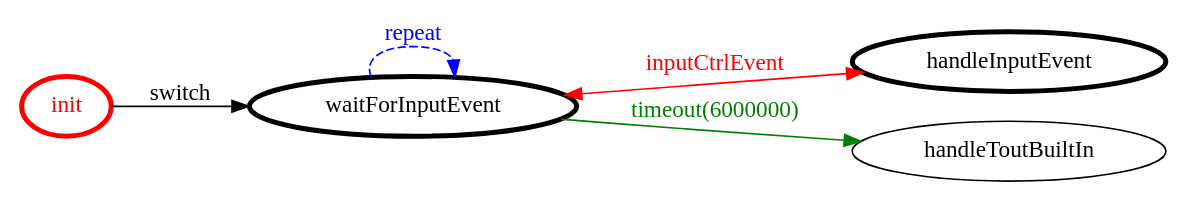
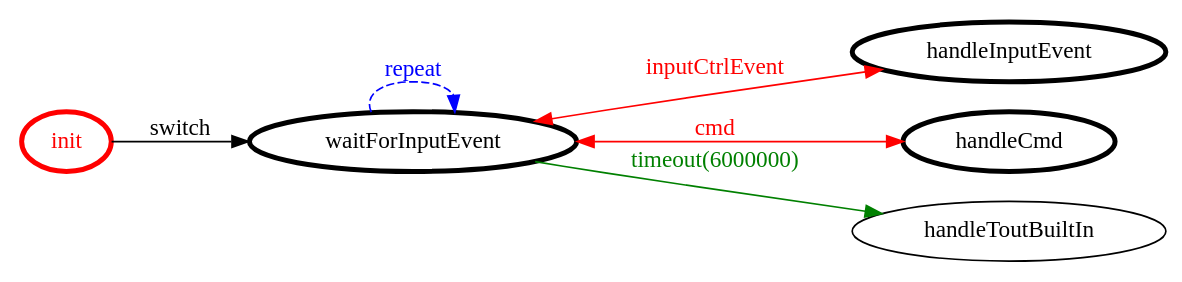
One commit to FFrabetti/ProgettoISS_relazione changed the diagram in it.unibo.finalTask2018/srcMore/it/unibo/mvccontroller/mvccontroller.gv. Above: the diagram before and after it, drawn with Graphviz. The commit also changed 35 other files, not shown here.

```diff
--- a/it.unibo.finalTask2018/srcMore/it/unibo/mvccontroller/mvccontroller.gv
+++ b/it.unibo.finalTask2018/srcMore/it/unibo/mvccontroller/mvccontroller.gv
@@ -1,20 +1,22 @@
 /*
 *
 * A GraphViz DOT FSM description 
 * Please use a GraphViz visualizer (like http://www.webgraphviz.com)
 *  
 */
 
 digraph finite_state_machine {
 	rankdir=LR
 	size="8,5"
 	
 	init [ color = red ][ fontcolor = red ][ penwidth = 3 ]
 	handleInputEvent [ color = black ][ fontcolor = black ][ penwidth = 3 ]
+	handleCmd [ color = black ][ fontcolor = black ][ penwidth = 3 ]
 	waitForInputEvent [ color = black ][ fontcolor = black ][ penwidth = 3 ]
 	
+	waitForInputEvent -> handleCmd [ label = "cmd" ][ color = red ][ fontcolor = red ][ dir = both ]
 	waitForInputEvent -> handleInputEvent [ label = "inputCtrlEvent" ][ color = red ][ fontcolor = red ][ dir = both ]
 	waitForInputEvent -> handleToutBuiltIn [ label = "timeout(6000000)" ][ color = green ][ fontcolor = green ]
 	init -> waitForInputEvent [ label = "switch" ][ color = black ][ fontcolor = black ]
 	waitForInputEvent -> waitForInputEvent [ label = "repeat "][ style = dashed ][ color = blue ][ fontcolor = blue ]
 }
```
